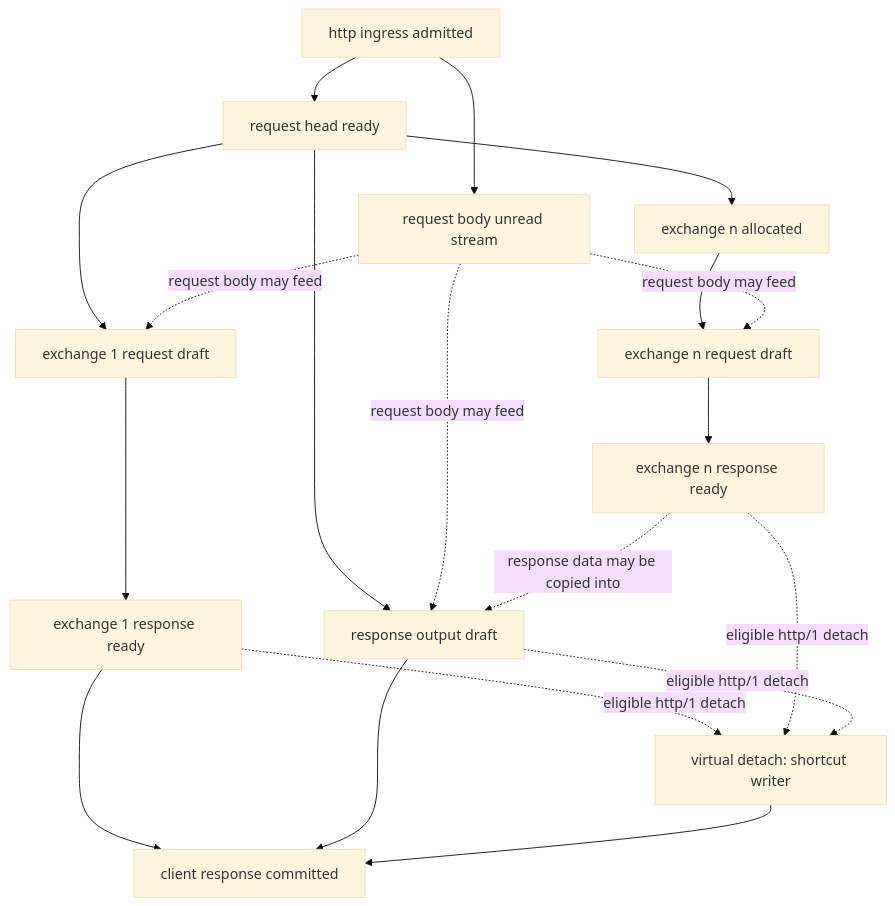
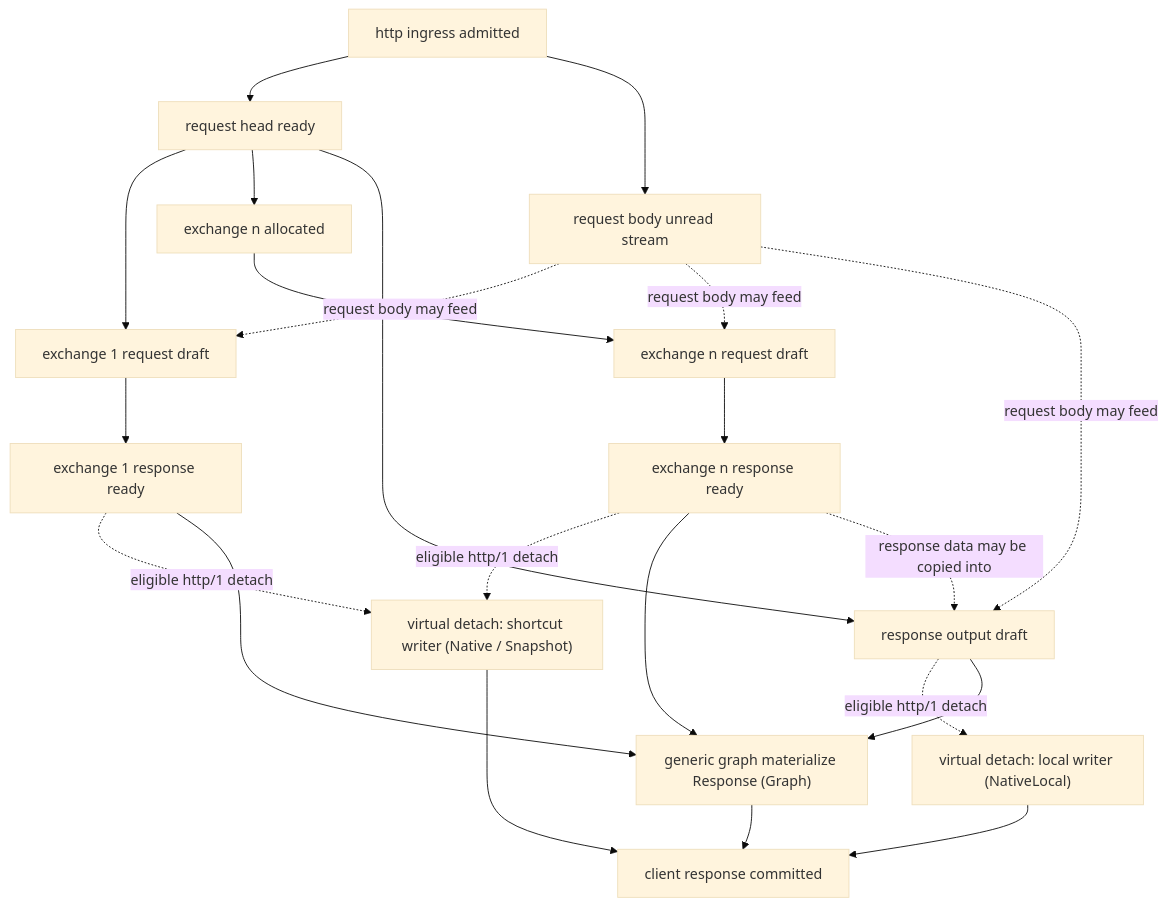
The fourth of 7 diagrams in pd-edge/README.md (rustscript-lang/rustscript), drawn with Mermaid (base theme) before and after one commit. The commit also changed other lines of this file, not shown here.

Commit message:
pd-edge: perf: document http1 downstream resolution choices

````diff
--- a/pd-edge/README.md
+++ b/pd-edge/README.md
@@ -528,21 +533,24 @@
 ```mermaid
 flowchart TD
     A["http ingress admitted"] --> B["request head ready"]
     A --> C["request body unread stream"]
     B --> D["exchange 1 request draft"]
     B --> E["exchange n allocated"]
     E --> F["exchange n request draft"]
     B --> G["response output draft"]
     C -. request body may feed .-> D
     C -. request body may feed .-> F
     C -. request body may feed .-> G
     D --> H["exchange 1 response ready"]
     F --> I["exchange n response ready"]
-    H -. eligible http/1 detach .-> K["virtual detach: shortcut writer"]
+    H -. eligible http/1 detach .-> K["virtual detach: shortcut writer (Native / Snapshot)"]
     I -. eligible http/1 detach .-> K
-    G -. eligible http/1 detach .-> K
-    H --> J["client response committed"]
-    G --> J
+    G -. eligible http/1 detach .-> L["virtual detach: local writer (NativeLocal)"]
+    H --> M["generic graph materialize Response<Body> (Graph)"]
+    I --> M
+    G --> M
+    M --> J["client response committed"]
     I -. response data may be copied into .-> G
     K --> J
+    L --> J
 ```
````
